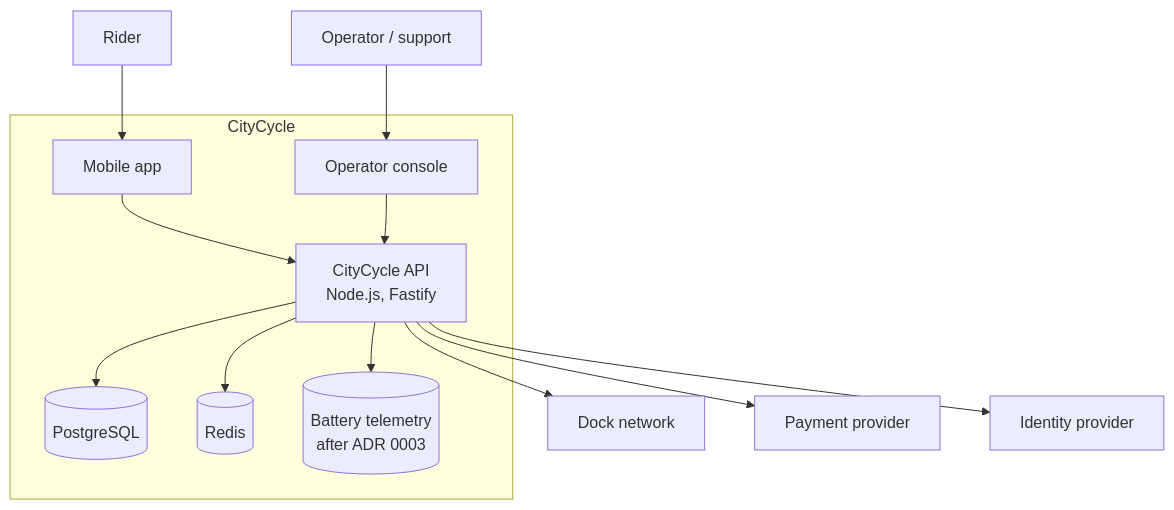
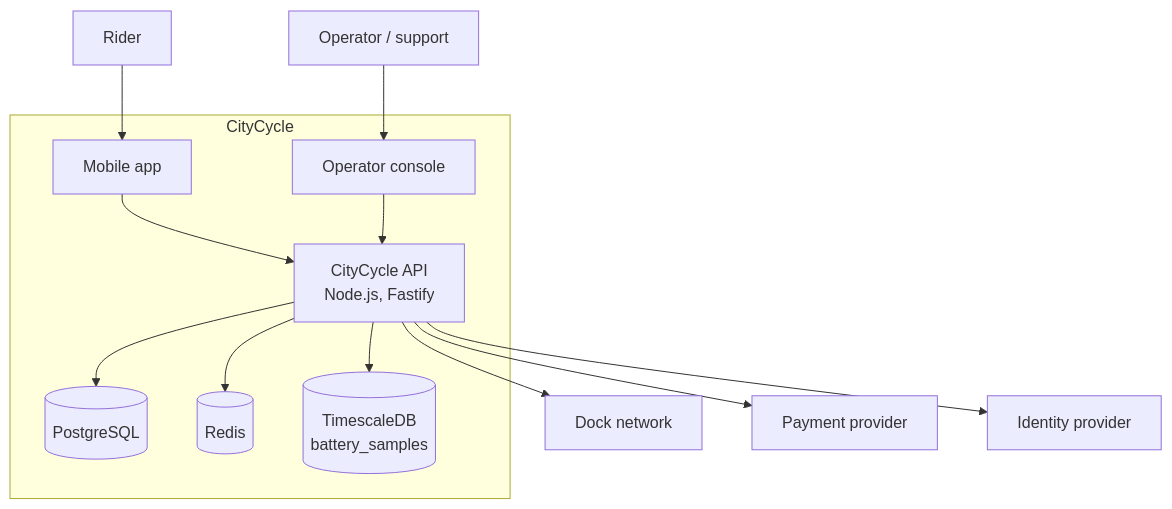
The second of 2 diagrams in docs/architecture/diagrams/c4-containers.md (openmove/design-docs-example), drawn with Mermaid before and after one commit. The commit also changed other lines of this file and 10 other files, not shown here.

First line of the commit message:
Name TimescaleDB as the battery-sample store in ADR 0003.

````diff
--- a/docs/architecture/diagrams/c4-containers.md
+++ b/docs/architecture/diagrams/c4-containers.md
@@ -37,27 +37,27 @@
 ```mermaid
 flowchart TB
   rider["Rider"]
   staff["Operator / support"]
 
   subgraph citycycle["CityCycle"]
     mobile["Mobile app"]
     console["Operator console"]
     api["CityCycle API<br/>Node.js, Fastify"]
     pg[("PostgreSQL")]
     redis[("Redis")]
-    telemetry[("Battery telemetry<br/>after ADR 0003")]
+    telemetry[("TimescaleDB<br/>battery_samples")]
   end
 
   docks["Dock network"]
   payments["Payment provider"]
   idp["Identity provider"]
 
   rider --> mobile --> api
   staff --> console --> api
   api --> pg
   api --> redis
   api --> telemetry
   api --> docks
   api --> payments
   api --> idp
 ```
````
